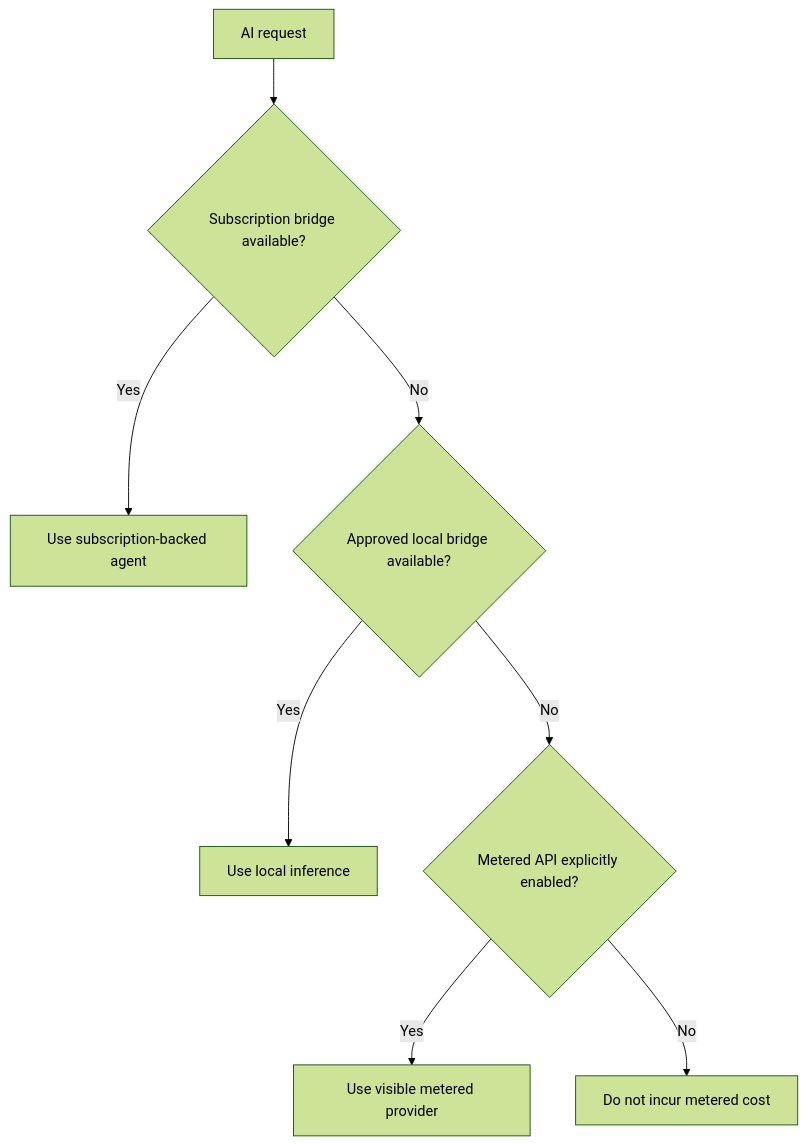
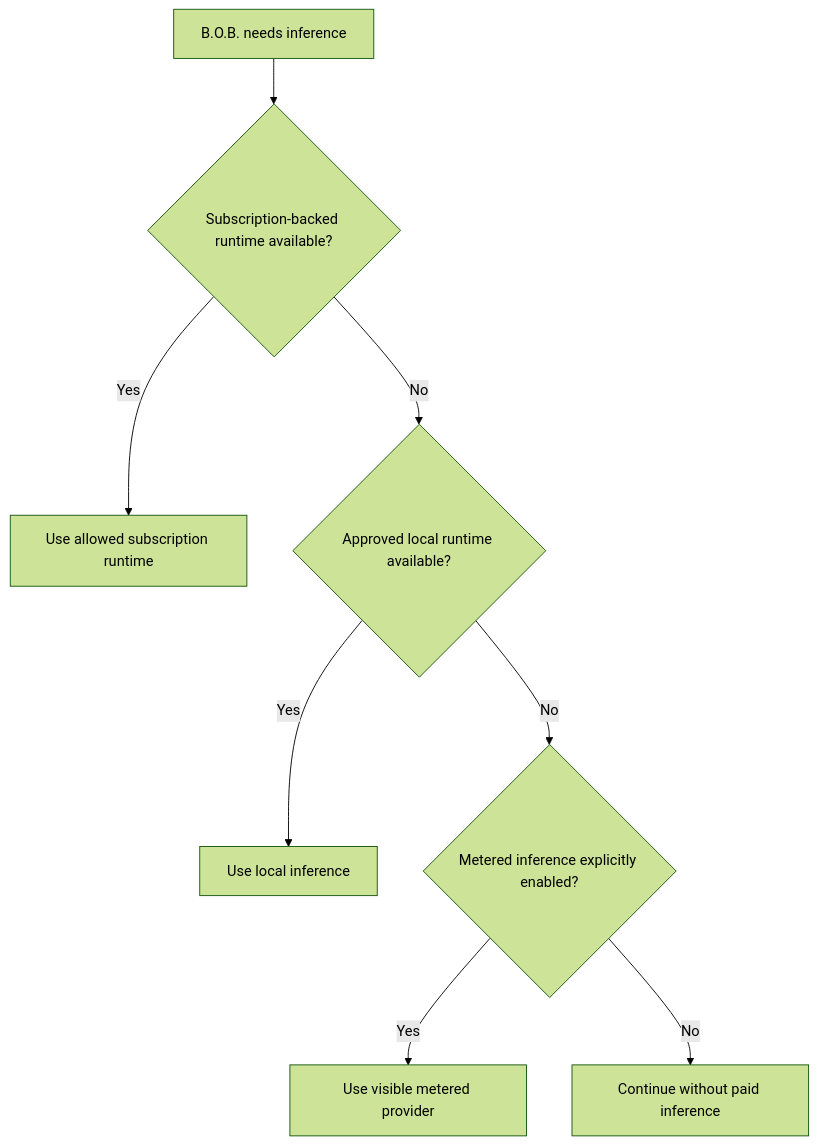
The third of 6 diagrams in README.md (Knapp-Kevin/B.O.B.), drawn with Mermaid (forest theme) before and after one commit. The commit also changed other lines of this file, not shown here.

Commit message:
Correct B.O.B. to single-agent multi-LLM architecture

````diff
--- a/README.md
+++ b/README.md
@@ -173,10 +176,10 @@
 ```mermaid
 flowchart TD
-    Q[AI request] --> S{Subscription bridge available?}
-    S -->|Yes| SUB[Use subscription-backed agent]
-    S -->|No| L{Approved local bridge available?}
+    Q[B.O.B. needs inference] --> S{Subscription-backed runtime available?}
+    S -->|Yes| SUB[Use allowed subscription runtime]
+    S -->|No| L{Approved local runtime available?}
     L -->|Yes| LOCAL[Use local inference]
-    L -->|No| M{Metered API explicitly enabled?}
+    L -->|No| M{Metered inference explicitly enabled?}
     M -->|Yes| API[Use visible metered provider]
-    M -->|No| STOP[Do not incur metered cost]
+    M -->|No| STOP[Continue without paid inference]
 ```
````
